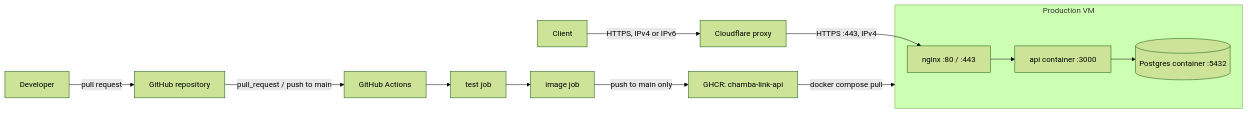
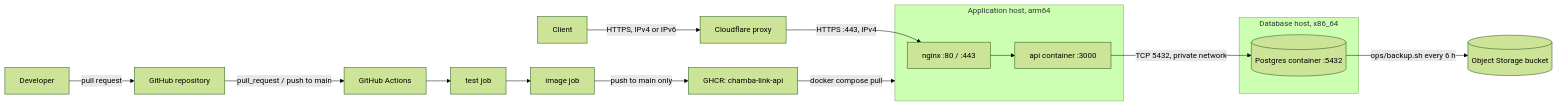
The diagram in docs/architecture.md (henriquezsergio728-tech/chamba-link), drawn with Mermaid (forest theme) before and after one commit. The commit also changed other lines of this file and 4 other files, not shown here.

````diff
--- a/docs/architecture.md
+++ b/docs/architecture.md
@@ -7,15 +7,19 @@
 ```mermaid
 flowchart LR
     dev[Developer] -->|pull request| gh[GitHub repository]
     gh -->|pull_request / push to main| actions[GitHub Actions]
     actions --> test[test job]
     test --> image[image job]
     image -->|push to main only| ghcr[GHCR: chamba-link-api]
-    ghcr -->|docker compose pull| vm
+    ghcr -->|docker compose pull| apphost
     client[Client] -->|HTTPS, IPv4 or IPv6| cf[Cloudflare proxy]
     cf -->|HTTPS :443, IPv4| nginx
-    subgraph vm[Production VM]
+    subgraph apphost[Application host, arm64]
         nginx[nginx :80 / :443] --> api[api container :3000]
-        api --> db[(Postgres container :5432)]
     end
+    subgraph dbhost[Database host, x86_64]
+        db[(Postgres container :5432)]
+    end
+    api -->|TCP 5432, private network| db
+    db -->|ops/backup.sh every 6 h| bucket[(Object Storage bucket)]
 ```
````
